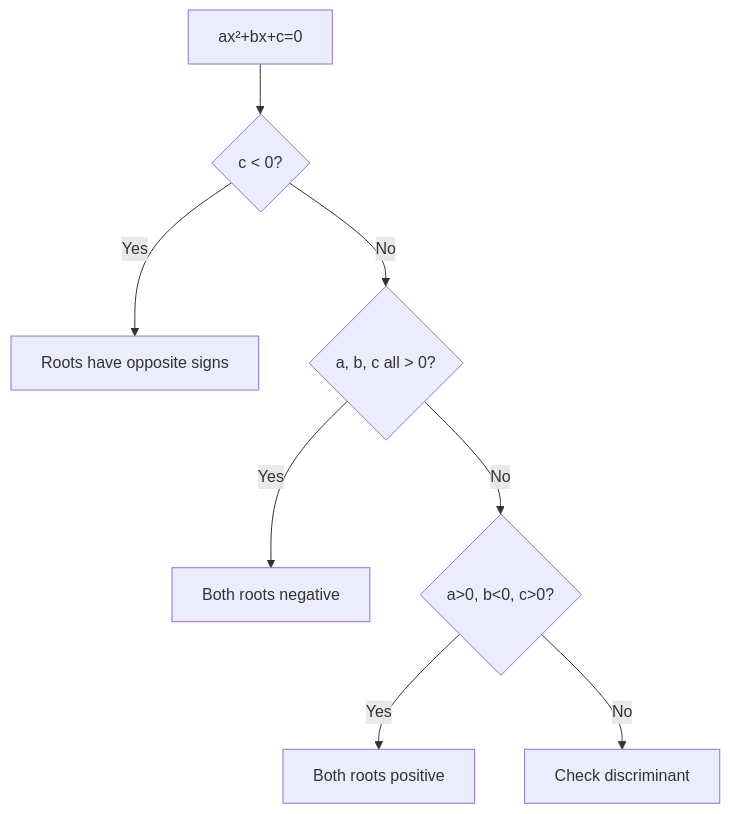
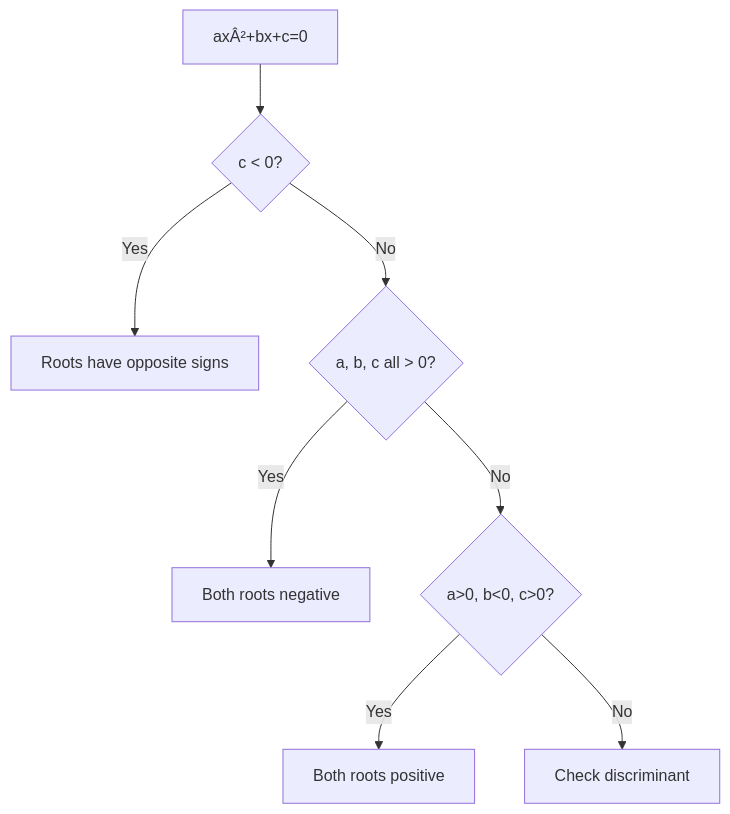
One commit to Raushan666java/ai-engineering-journey changed the fifth of 8 diagrams in docs/courses/quantitative-aptitude/05-quadratic-equations-simplification.md. Above: the diagram before and after it, drawn with Mermaid. The commit also changed other lines of this file and 735 other files, not shown here.

````diff
--- a/docs/courses/quantitative-aptitude/05-quadratic-equations-simplification.md
+++ b/docs/courses/quantitative-aptitude/05-quadratic-equations-simplification.md
@@ -602,10 +602,10 @@
 ```mermaid
 flowchart TD
-    A["ax²+bx+c=0"] --> B{"c < 0?"}
+    A["axÂ²+bx+c=0"] --> B{"c < 0?"}
     B -->|"Yes"| C["Roots have opposite signs"]
     B -->|"No"| D{"a, b, c all > 0?"}
     D -->|"Yes"| E["Both roots negative"]
     D -->|"No"| F{"a>0, b<0, c>0?"}
     F -->|"Yes"| G["Both roots positive"]
     F -->|"No"| H["Check discriminant"]
 ```
````
